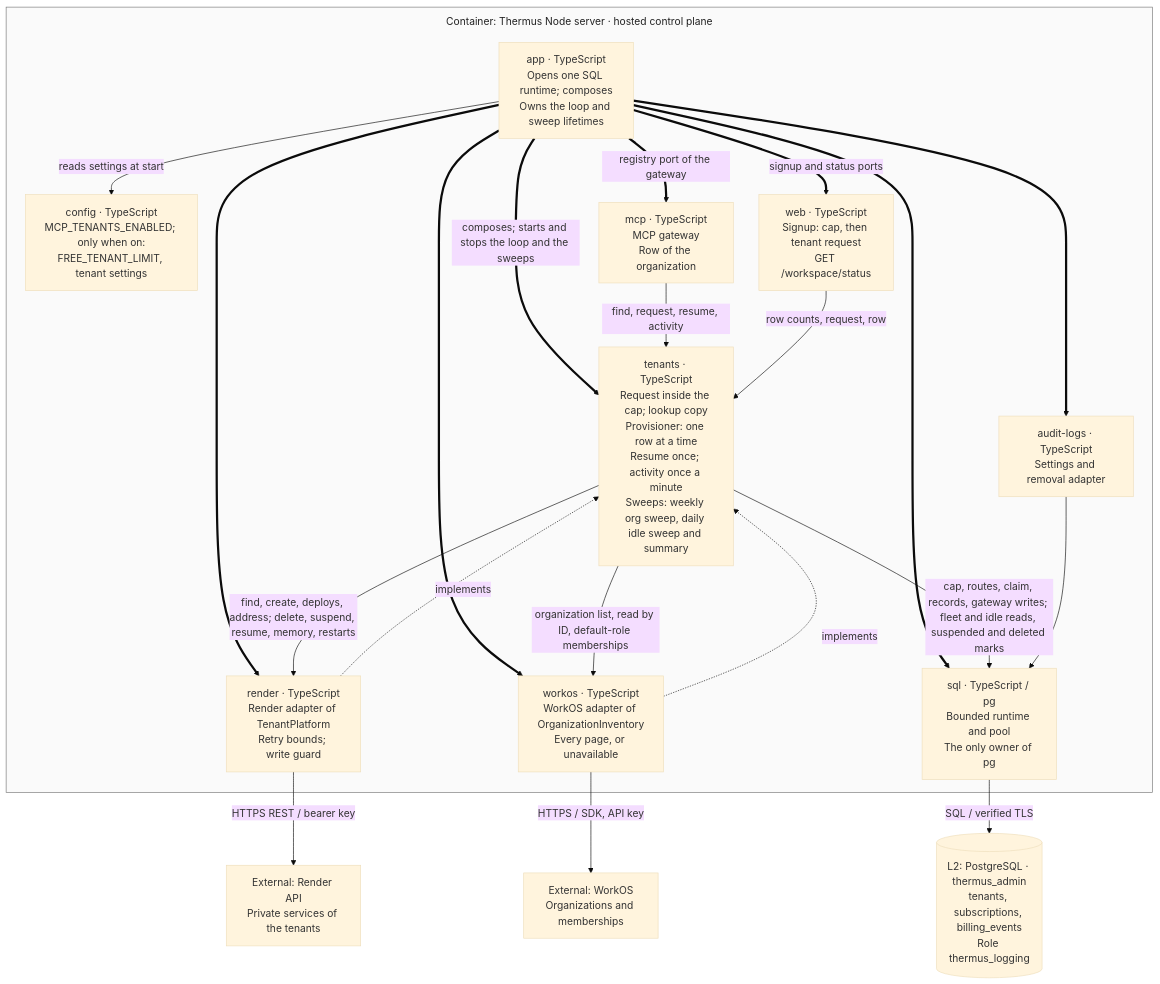
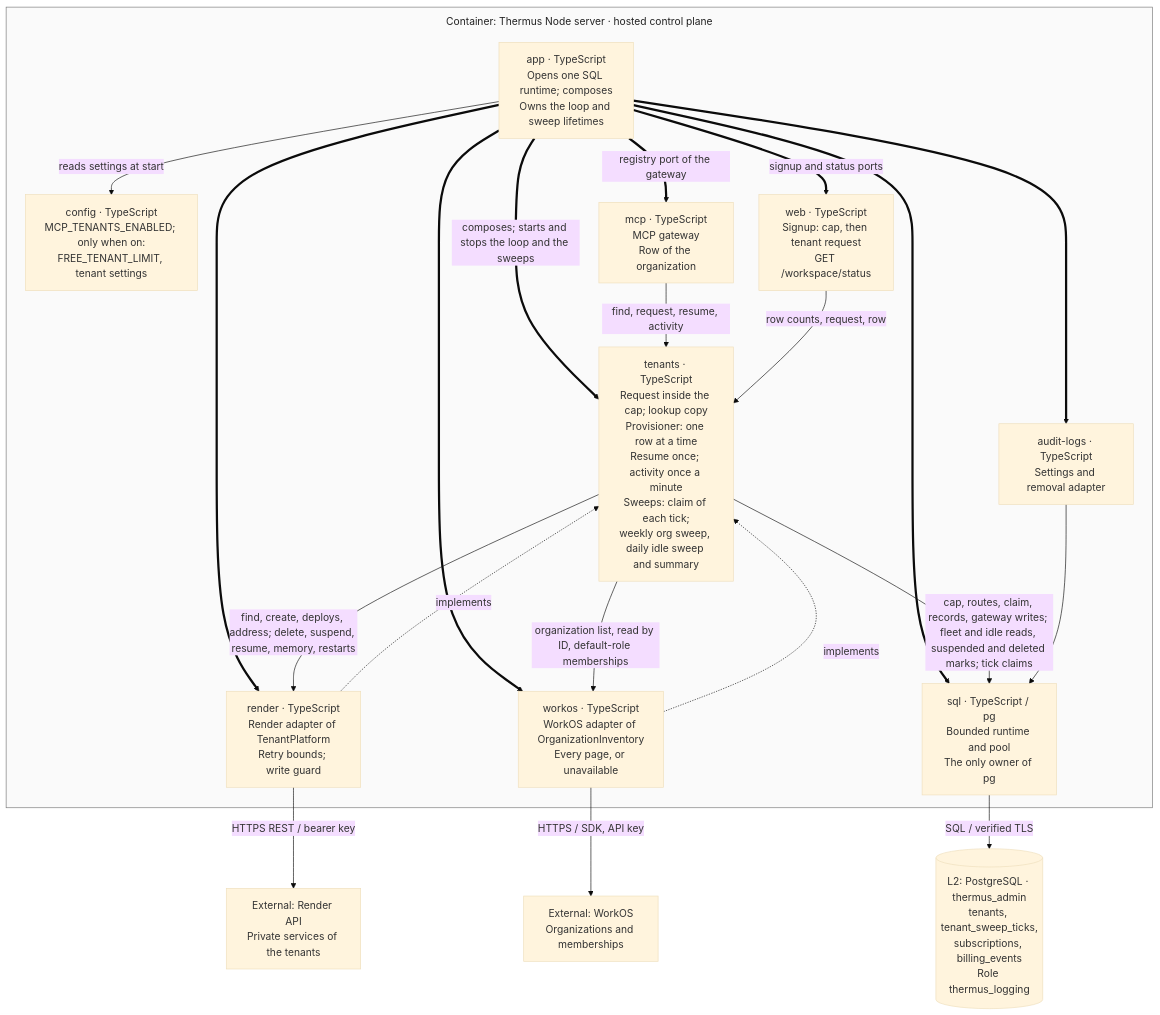
The ninth of 24 diagrams in architecture/components.md (tomer-mayara/Thermus), drawn with Mermaid (base theme) before and after one commit. The commit also changed other lines of this file and 6 other files, not shown here.

First line of the commit message:
Describe the claim of each sweep tick in the registry and the runbooks

````diff
--- a/architecture/components.md
+++ b/architecture/components.md
@@ -595,38 +595,38 @@
 ```mermaid
 %%{init: {"flowchart": {"wrappingWidth": 150, "nodeSpacing": 40, "rankSpacing": 40, "subGraphTitleMargin": {"top": 10, "bottom": 25}}}}%%
 flowchart TB
   subgraph tenancy_server["Container: Thermus Node server · hosted control plane"]
     tenancy_config["config · TypeScript<br/>MCP_TENANTS_ENABLED; only when on:<br/>FREE_TENANT_LIMIT, tenant settings"]
     tenancy_app["app · TypeScript<br/>Opens one SQL runtime; composes<br/>Owns the loop and sweep lifetimes"]
     tenancy_web["web · TypeScript<br/>Signup: cap, then tenant request<br/>GET /workspace/status"]
     tenancy_mcp["mcp · TypeScript<br/>MCP gateway<br/>Row of the organization"]
-    tenancy_tenants["tenants · TypeScript<br/>Request inside the cap; lookup copy<br/>Provisioner: one row at a time<br/>Resume once; activity once a minute<br/>Sweeps: weekly org sweep, daily idle sweep and summary"]
+    tenancy_tenants["tenants · TypeScript<br/>Request inside the cap; lookup copy<br/>Provisioner: one row at a time<br/>Resume once; activity once a minute<br/>Sweeps: claim of each tick;<br/>weekly org sweep, daily idle sweep and summary"]
     tenancy_render["render · TypeScript<br/>Render adapter of TenantPlatform<br/>Retry bounds; write guard"]
     tenancy_workos["workos · TypeScript<br/>WorkOS adapter of OrganizationInventory<br/>Every page, or unavailable"]
     tenancy_audit["audit-logs · TypeScript<br/>Settings and removal adapter"]
     tenancy_sql["sql · TypeScript / pg<br/>Bounded runtime and pool<br/>The only owner of pg"]
     tenancy_app -->|reads settings at start| tenancy_config
     tenancy_app ==>|composes; starts and stops the loop and the sweeps| tenancy_tenants
     tenancy_app ==>|registry port of the gateway| tenancy_mcp
     tenancy_app ==>|signup and status ports| tenancy_web
     tenancy_app ==> tenancy_render
     tenancy_app ==> tenancy_workos
     tenancy_app ==> tenancy_audit
     tenancy_app ==> tenancy_sql
     tenancy_mcp -->|find, request, resume, activity| tenancy_tenants
     tenancy_web -->|row counts, request, row| tenancy_tenants
     tenancy_tenants -->|find, create, deploys, address; delete, suspend, resume, memory, restarts| tenancy_render
     tenancy_render -.->|implements| tenancy_tenants
     tenancy_tenants -->|organization list, read by ID, default-role memberships| tenancy_workos
     tenancy_workos -.->|implements| tenancy_tenants
-    tenancy_tenants -->|cap, routes, claim, records, gateway writes; fleet and idle reads, suspended and deleted marks| tenancy_sql
+    tenancy_tenants -->|cap, routes, claim, records, gateway writes; fleet and idle reads, suspended and deleted marks; tick claims| tenancy_sql
     tenancy_audit --> tenancy_sql
   end
-  tenancy_db[("L2: PostgreSQL · thermus_admin<br/>tenants, subscriptions, billing_events<br/>Role thermus_logging")]
+  tenancy_db[("L2: PostgreSQL · thermus_admin<br/>tenants, tenant_sweep_ticks,<br/>subscriptions, billing_events<br/>Role thermus_logging")]
   tenancy_api["External: Render API<br/>Private services of the tenants"]
   tenancy_workos_api["External: WorkOS<br/>Organizations and memberships"]
   tenancy_sql -->|SQL / verified TLS| tenancy_db
   tenancy_render -->|HTTPS REST / bearer key| tenancy_api
   tenancy_workos -->|HTTPS / SDK, API key| tenancy_workos_api
   style tenancy_server fill:#fafafa,stroke:#777777,color:#222222
 ```
````
